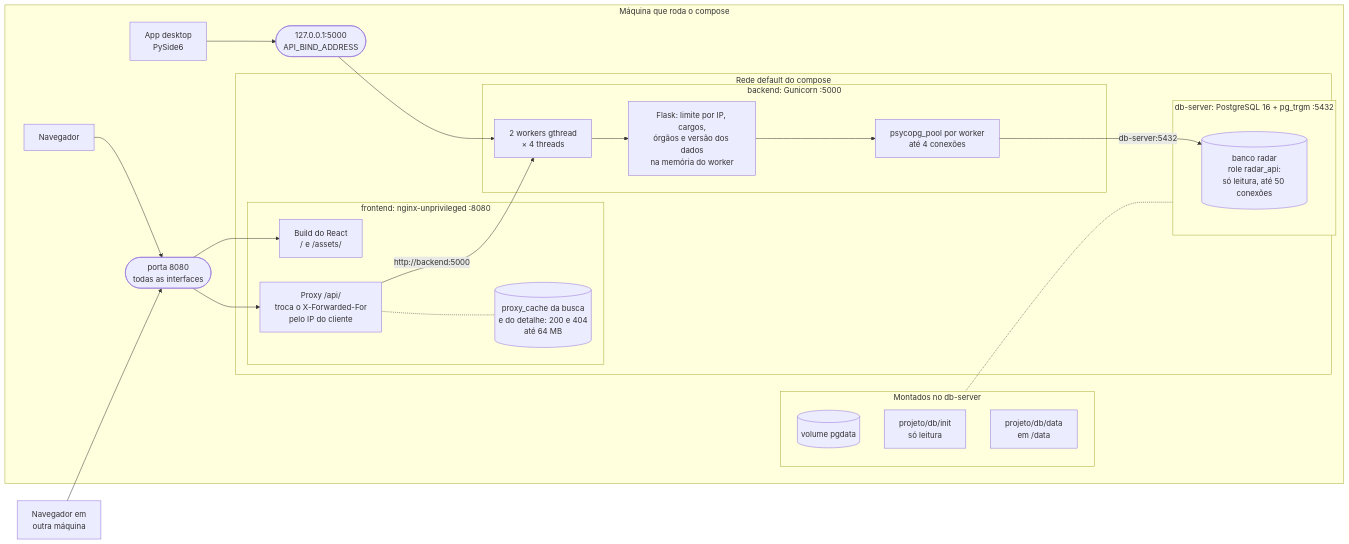
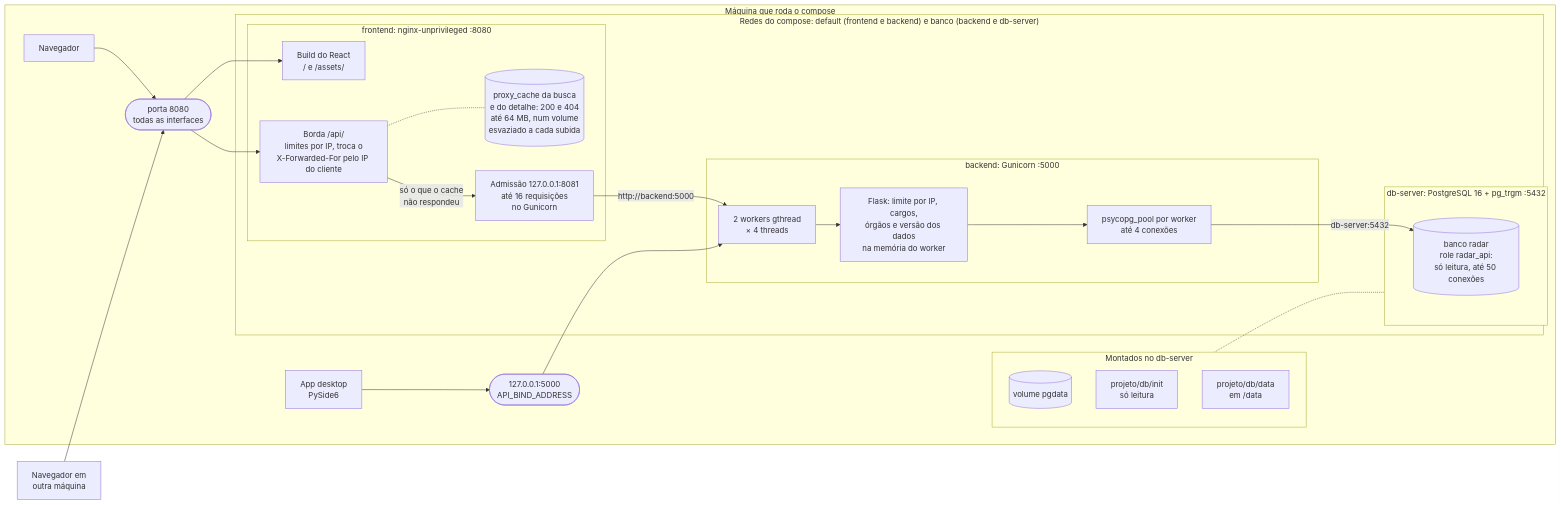
Before and after one commit to cerfdotdev/radar-publico: the first of 5 diagrams in docs/arquitetura.md, drawn with Mermaid. The commit also changed other lines of this file and 2 other files, not shown here.

First line of the commit message:
docs: limites da borda, recursos dos containers e deploy

````diff
--- a/docs/arquitetura.md
+++ b/docs/arquitetura.md
@@ -20,45 +20,47 @@
 ```mermaid
 flowchart LR
     outra["Navegador em<br/>outra máquina"]
 
     subgraph host["Máquina que roda o compose"]
         nav["Navegador"]
         desk["App desktop<br/>PySide6"]
         p8080(["porta 8080<br/>todas as interfaces"])
         p5000(["127.0.0.1:5000<br/>API_BIND_ADDRESS"])
 
-        subgraph rede["Rede default do compose"]
+        subgraph rede["Redes do compose: default (frontend e backend) e banco (backend e db-server)"]
             subgraph fe["frontend: nginx-unprivileged :8080"]
                 spa["Build do React<br/>/ e /assets/"]
-                prx["Proxy /api/<br/>troca o X-Forwarded-For<br/>pelo IP do cliente"]
-                cache[("proxy_cache da busca<br/>e do detalhe: 200 e 404<br/>até 64 MB")]
+                prx["Borda /api/<br/>limites por IP, troca o<br/>X-Forwarded-For pelo IP do cliente"]
+                cache[("proxy_cache da busca<br/>e do detalhe: 200 e 404<br/>até 64 MB, num volume<br/>esvaziado a cada subida")]
+                adm["Admissão 127.0.0.1:8081<br/>até 16 requisições<br/>no Gunicorn"]
             end
             subgraph be["backend: Gunicorn :5000"]
                 gun["2 workers gthread<br/>× 4 threads"]
                 app["Flask: limite por IP, cargos,<br/>órgãos e versão dos dados<br/>na memória do worker"]
                 pool["psycopg_pool por worker<br/>até 4 conexões"]
             end
             subgraph dbs["db-server: PostgreSQL 16 + pg_trgm :5432"]
                 pg[("banco radar<br/>role radar_api:<br/>só leitura, até 50 conexões")]
             end
         end
 
         subgraph disco["Montados no db-server"]
             vol[("volume pgdata")]
             init["projeto/db/init<br/>só leitura"]
             dados["projeto/db/data<br/>em /data"]
         end
     end
 
     nav --> p8080
     outra --> p8080
     desk --> p5000
     p8080 --> spa
     p8080 --> prx
     prx -.- cache
-    prx -- "http://backend:5000" --> gun
+    prx -- "só o que o cache<br/>não respondeu" --> adm
+    adm -- "http://backend:5000" --> gun
     p5000 --> gun
     gun --> app --> pool
     pool -- "db-server:5432" --> pg
     disco -.- dbs
 ```
````
